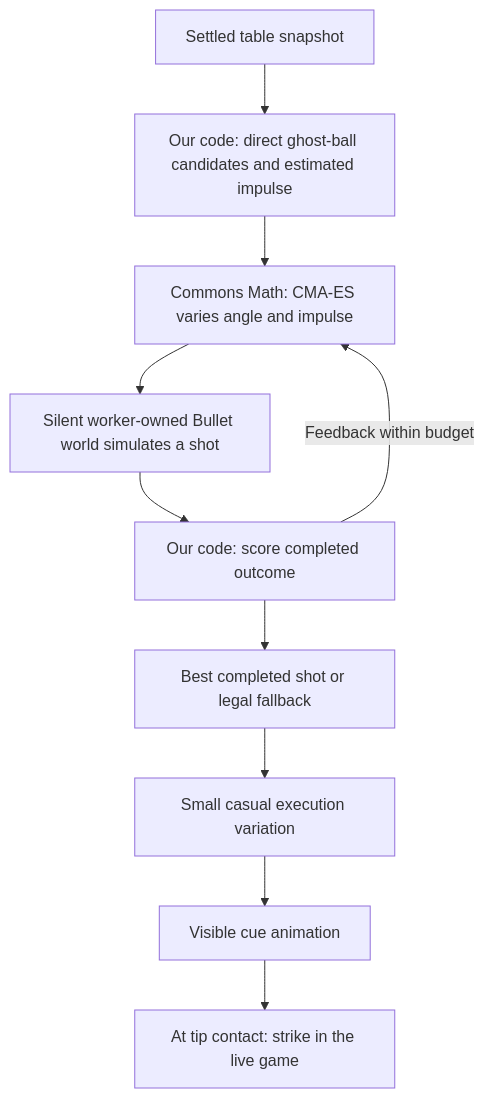
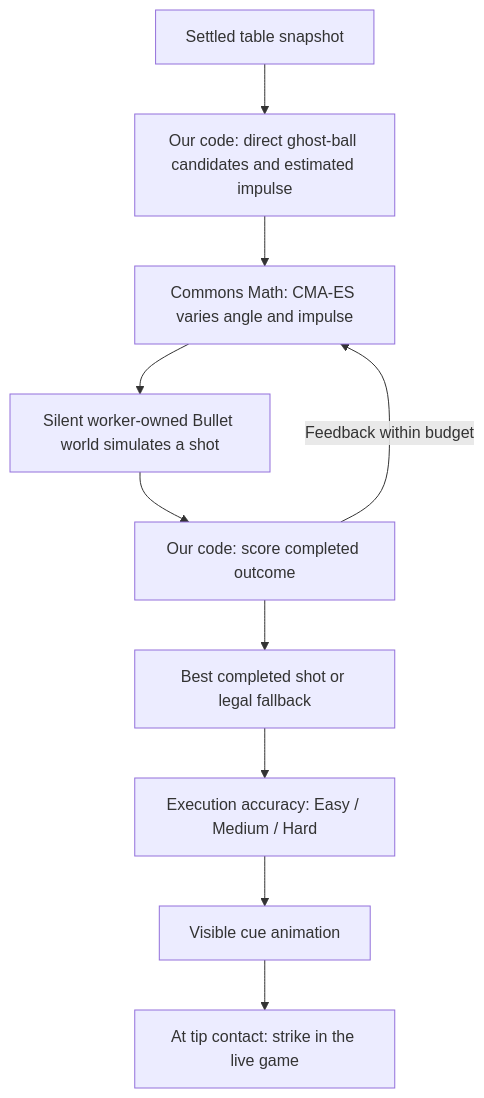
The first of 2 diagrams in README.md (ffeltrinelli/pool-android), drawn with Mermaid before and after one commit. The commit also changed other lines of this file and 27 other files, not shown here.

````diff
--- a/README.md
+++ b/README.md
@@ -167,12 +170,12 @@
 ```mermaid
 flowchart TD
     A[Settled table snapshot] --> B[Our code: direct ghost-ball candidates and estimated impulse]
     B --> C[Commons Math: CMA-ES varies angle and impulse]
     C --> D[Silent worker-owned Bullet world simulates a shot]
     D --> E[Our code: score completed outcome]
     E -->|Feedback within budget| C
     E --> F[Best completed shot or legal fallback]
-    F --> G[Small casual execution variation]
+    F --> G[Execution accuracy: Easy / Medium / Hard]
     G --> H[Visible cue animation]
     H --> I[At tip contact: strike in the live game]
 ```
````
